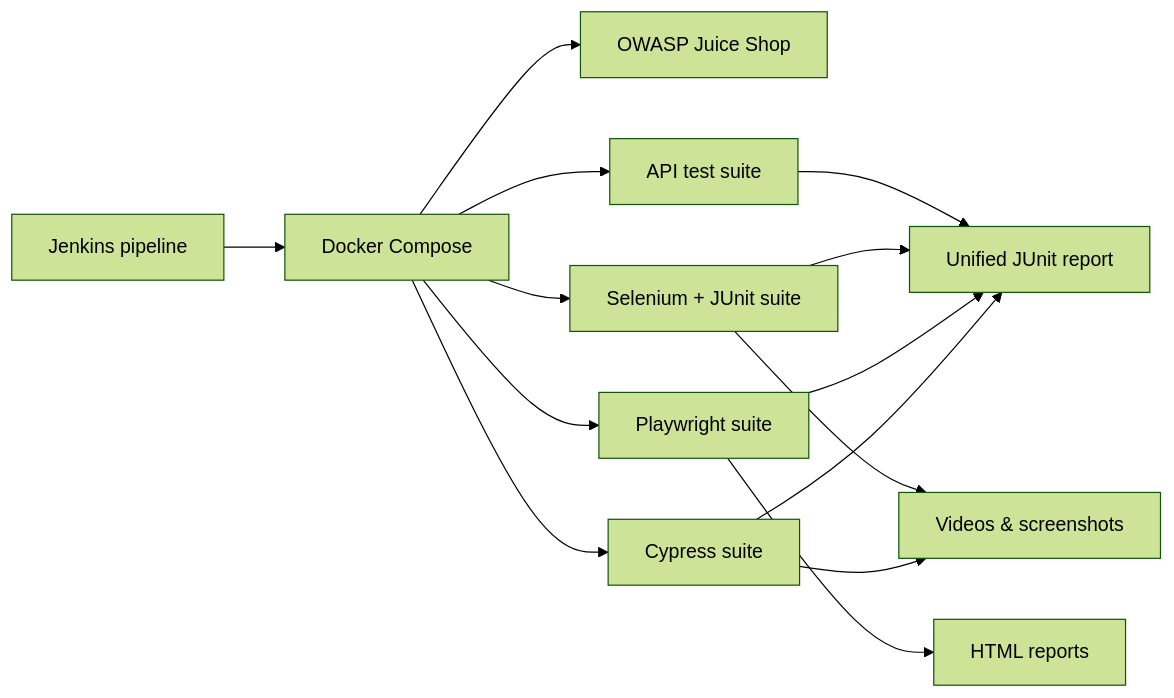
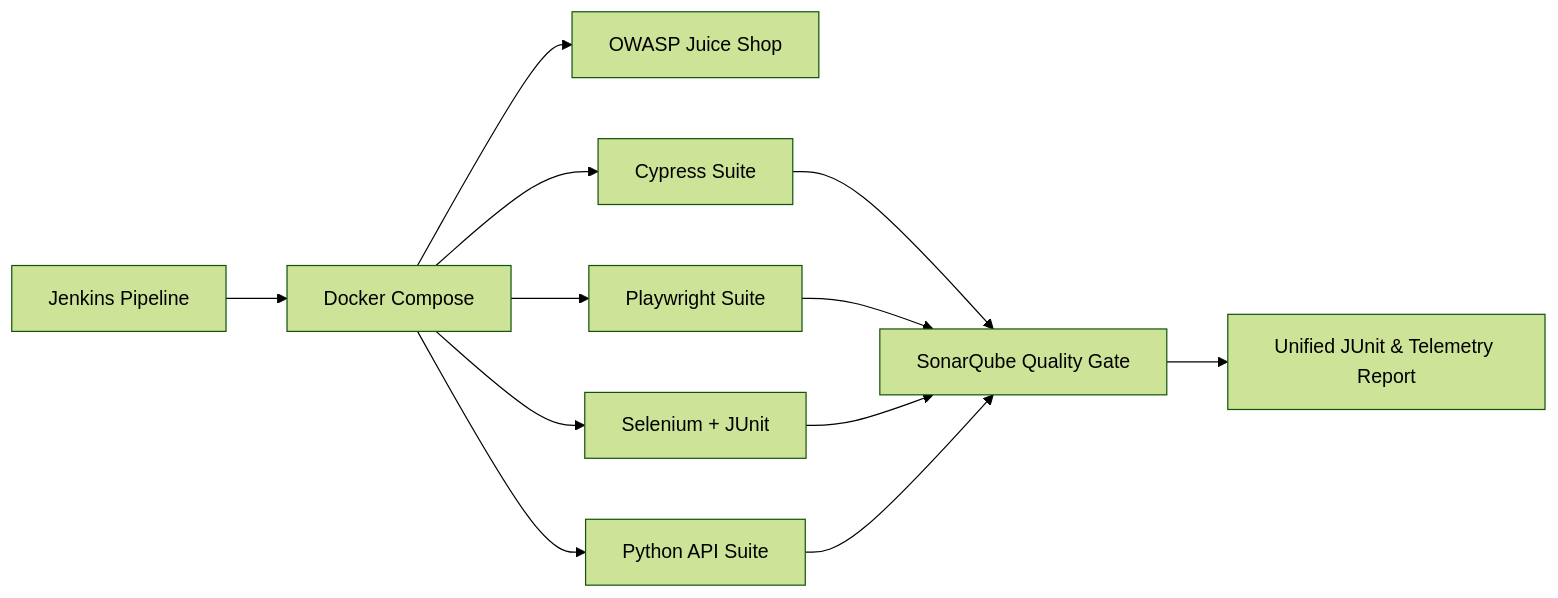
Before and after one commit to acorvello/acorvello: the diagram in README.md, drawn with Mermaid (forest theme). The commit also changed other lines of this file, not shown here.

````diff
--- a/README.md
+++ b/README.md
@@ -62,16 +81,11 @@
 ```mermaid
 flowchart LR
-    J[Jenkins pipeline] --> D[Docker Compose]
+    J[Jenkins Pipeline] --> D[Docker Compose]
     D --> A[OWASP Juice Shop]
-    D --> C[Cypress suite]
-    D --> P[Playwright suite]
-    D --> S[Selenium + JUnit suite]
-    D --> T[API test suite]
-    C --> R[Unified JUnit report]
-    P --> R
-    S --> R
-    T --> R
-    C --> V[Videos & screenshots]
-    P --> H[HTML reports]
-    S --> V
+    D --> C[Cypress Suite]
+    D --> P[Playwright Suite]
+    D --> S[Selenium + JUnit]
+    D --> T[Python API Suite]
+    C & P & S & T --> SQ[SonarQube Quality Gate]
+    SQ --> R[Unified JUnit & Telemetry Report]
 ```
````
